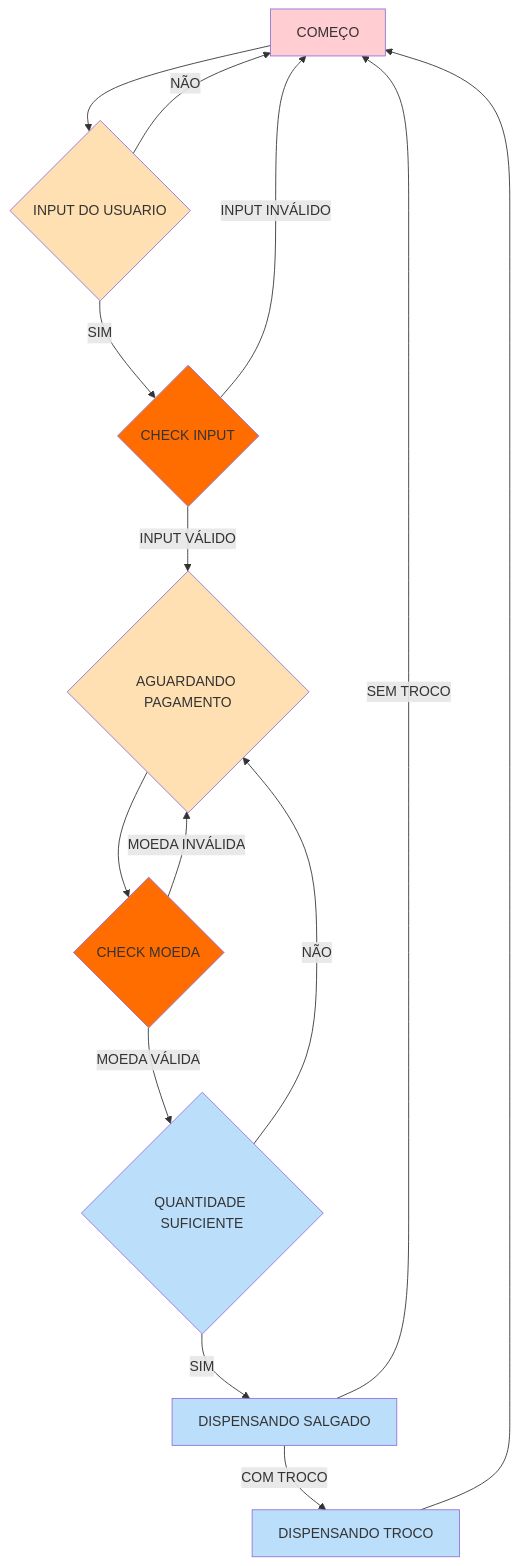
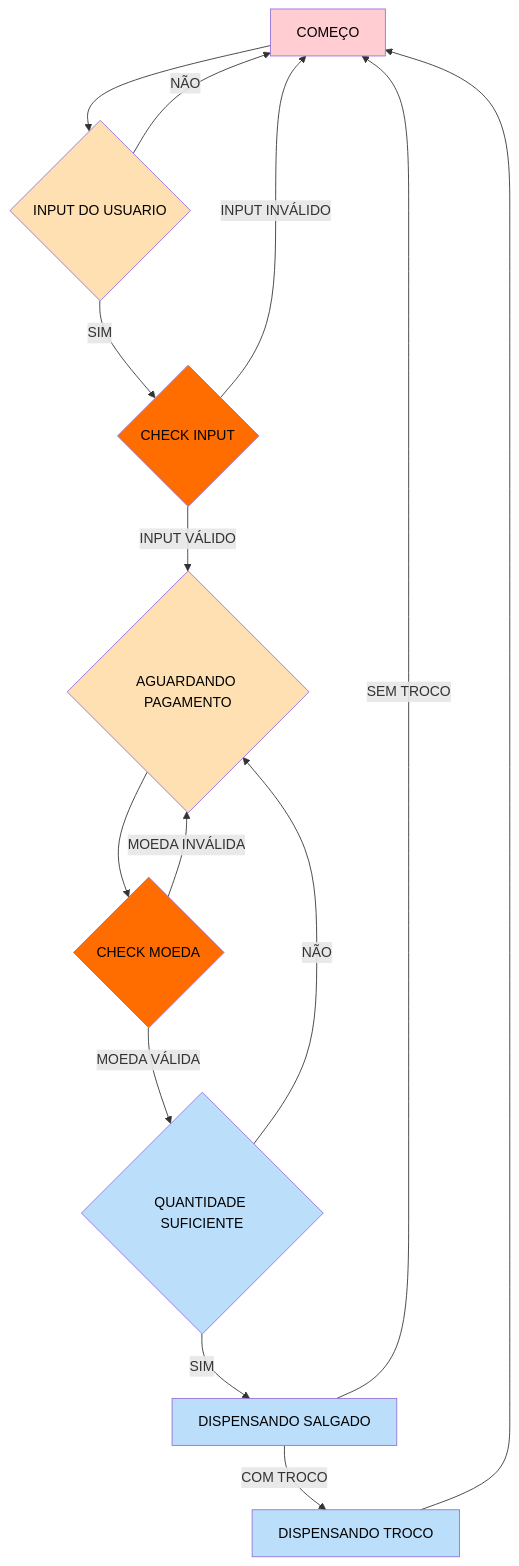
Before and after one commit to joaopedroBP/Maquina-de-salgados: the diagram in README.md, drawn with Mermaid.

Commit message:
vendo se o texto do fluxograma fica mais legivel

````diff
--- a/README.md
+++ b/README.md
@@ -16,26 +16,26 @@
 ```mermaid
 flowchart TD
     n1["COMEÇO<br>"] --> n3{"INPUT DO USUARIO<br>"}
     n3 -- NÃO --> n1
     n3 -- SIM --> n4{"CHECK INPUT<br>"}
     n4 -- INPUT INVÁLIDO --> n1
     n4 -- INPUT VÁLIDO --> n6{"AGUARDANDO PAGAMENTO<br>"}
     n6 --> n7{"CHECK MOEDA<br>"}
     n7 -- MOEDA INVÁLIDA --> n6
     n7 -- MOEDA VÁLIDA --> n8{"QUANTIDADE SUFICIENTE"}
     n8 -- NÃO --> n6
     n8 -- SIM --> n9["DISPENSANDO SALGADO"]
     n9 -- SEM TROCO --> n1
     n9 -- COM TROCO --> n10["DISPENSANDO TROCO"]
     n10 --> n1
 
     %% Estilo dos nós
-    style n1 fill:#FFCDD2
-    style n3 fill:#FFE0B2
-    style n4 fill:#FF6D00
-    style n6 fill:#FFE0B2
-    style n7 fill:#FF6D00
-    style n8 fill:#BBDEFB
-    style n9 fill:#BBDEFB
-    style n10 fill:#BBDEFB
+    style n1 fill:#FFCDD2,color:black
+    style n3 fill:#FFE0B2,color:black
+    style n4 fill:#FF6D00,color:black
+    style n6 fill:#FFE0B2,color:black
+    style n7 fill:#FF6D00,color:black
+    style n8 fill:#BBDEFB,color:black
+    style n9 fill:#BBDEFB,color:black
+    style n10 fill:#BBDEFB,color:black
 ```
````
